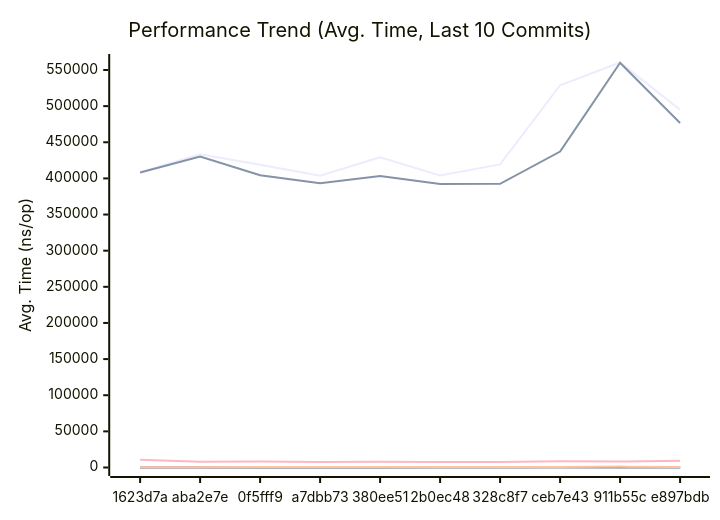
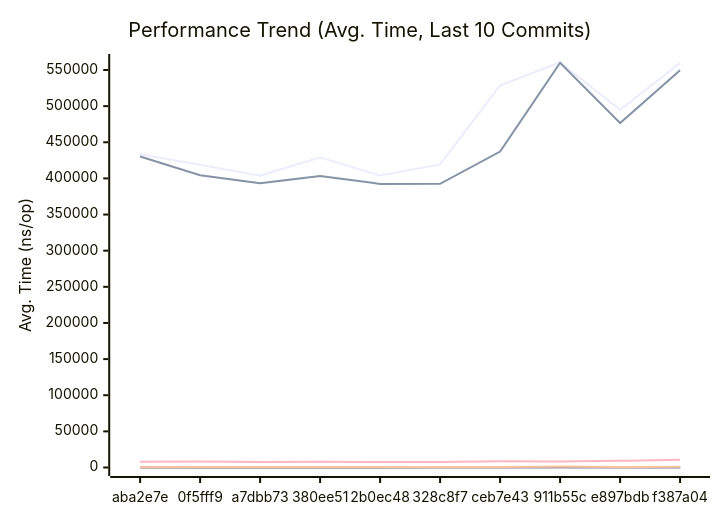
One commit to alsotoes/momo changed the first of 3 diagrams in docs/PERFORMANCE.md. Above: the diagram before and after it, drawn with Mermaid. The commit also changed other lines of this file and 3 other files, not shown here.

````diff
--- a/docs/PERFORMANCE.md
+++ b/docs/PERFORMANCE.md
@@ -145,20 +145,20 @@
 ```mermaid
 xychart-beta
     title "Performance Trend (Avg. Time, Last 10 Commits)"
     x-axis "Commit"
     y-axis "Avg. Time (ns/op)"
-    x-axis [1623d7a,aba2e7e,0f5fff9,a7dbb73,380ee51,2b0ec48,328c8f7,ceb7e43,911b55c,e897bdb]
-    line "AWSChunkedReaderSigned" [408424,433346,418811,403588,429229,403967,419399,528932,560369,495010]
-    line "AWSChunkedReaderUnsigned" [408148,430389,404420,393243,403247,392414,392490,437150,559938,476646]
-    line "CheckMetricsAndSwap" [9,8,8,7,9,7,7,9,12,10]
-    line "CrushOptimized" [356,303,301,284,301,316,290,369,320,353]
-    line "CrushOriginal" [568,411,382,396,423,386,392,431,406,535]
+    x-axis [aba2e7e,0f5fff9,a7dbb73,380ee51,2b0ec48,328c8f7,ceb7e43,911b55c,e897bdb,f387a04]
+    line "AWSChunkedReaderSigned" [433346,418811,403588,429229,403967,419399,528932,560369,495010,559620]
+    line "AWSChunkedReaderUnsigned" [430389,404420,393243,403247,392414,392490,437150,559938,476646,549790]
+    line "CheckMetricsAndSwap" [8,8,7,9,7,7,9,12,10,10]
+    line "CrushOptimized" [303,301,284,301,316,290,369,320,353,417]
+    line "CrushOriginal" [411,382,396,423,386,392,431,406,535,558]
     line "IndexDirectTracking" [0,0,0,0,0,0,0,0,0,0]
-    line "IndexSearch" [2,2,2,3,3,3,3,3,3,3]
-    line "LoadGlobalConfig" [10767,8040,8190,7563,7976,7514,7727,8630,8163,9243]
-    line "PadString" [55,40,53,37,39,38,39,42,39,46]
+    line "IndexSearch" [2,2,3,3,3,3,3,3,3,3]
+    line "LoadGlobalConfig" [8040,8190,7563,7976,7514,7727,8630,8163,9243,10867]
+    line "PadString" [40,53,37,39,38,39,42,39,46,56]
     line "ParseReplicationOrder_NoPrealloc" [350,349,357,354,345,225,229,165,232,234]
     line "ParseReplicationOrder_Prealloc" [229,231,237,234,229,108,107,80,110,109]
-    line "SanitizeLog/Safe" [499,416,418,222,229,221,212,221,218,262]
-    line "SanitizeLog/Unsafe" [485,511,532,643,668,634,643,707,1259,759]
+    line "SanitizeLog/Safe" [416,418,222,229,221,212,221,218,262,255]
+    line "SanitizeLog/Unsafe" [511,532,643,668,634,643,707,1259,759,960]
 ```
````
